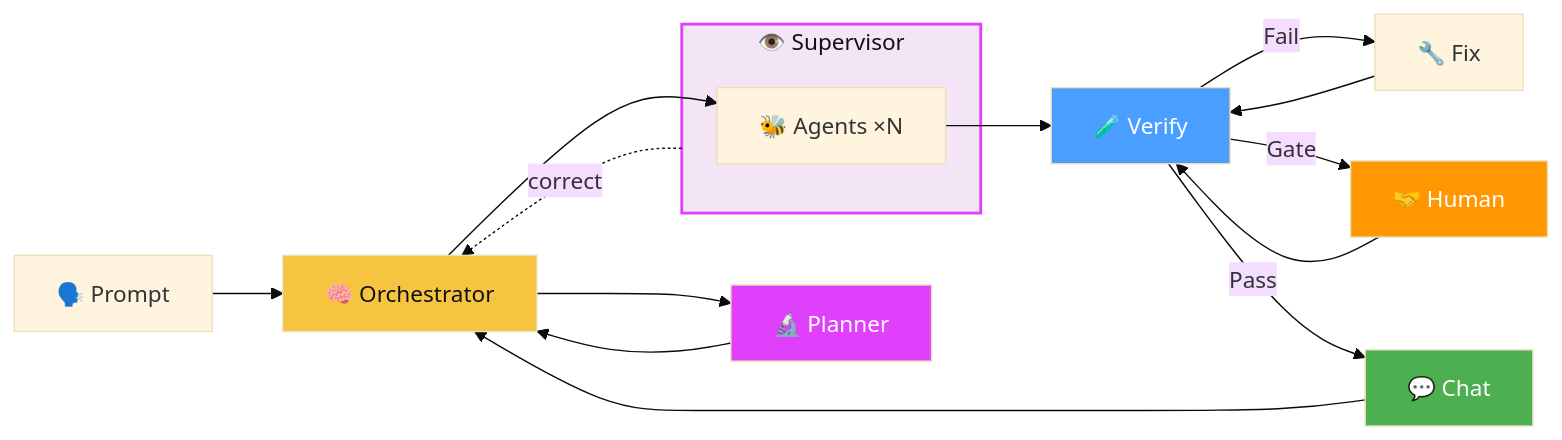
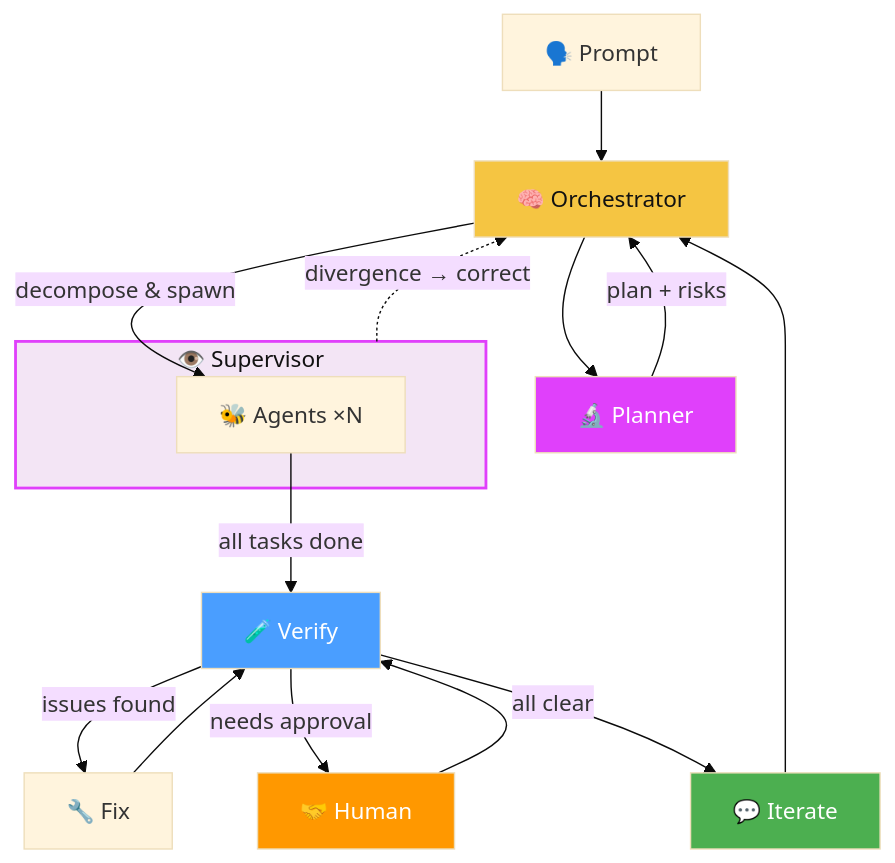
The first of 3 diagrams in README.md (MrUnreal/hAIvemind), drawn with Mermaid (base theme) before and after one commit. The commit also changed other lines of this file, not shown here.

First line of the commit message:
docs: overhaul README — top-down diagrams, consolidated features, supervisor in sequence

````diff
--- a/README.md
+++ b/README.md
@@ -27,23 +25,24 @@
 ```mermaid
-graph LR
+graph TB
   A["🗣️ Prompt"] --> B["🧠 Orchestrator"]
   B --> P["🔬 Planner"]
-  P --> B
+  P -->|"plan + risks"| B
 
   subgraph SV["👁️ Supervisor"]
     AG["🐝 Agents ×N"]
   end
 
-  B --> AG --> G["🧪 Verify"]
-  SV -.->|"correct"| B
-  G -->|"Fail"| H["🔧 Fix"] --> G
-  G -->|"Gate"| K["🤝 Human"] --> G
-  G -->|"Pass"| I["💬 Chat"] --> B
+  B -->|"decompose & spawn"| AG
+  SV -.->|"divergence → correct"| B
+  AG -->|"all tasks done"| G["🧪 Verify"]
+  G -->|"issues found"| H["🔧 Fix"] --> G
+  G -->|"needs approval"| K["🤝 Human"] --> G
+  G -->|"all clear"| I["💬 Iterate"] --> B
 
   style B fill:#f5c542,color:#111
   style P fill:#e040fb,color:#fff
   style SV fill:#f3e5f5,color:#111,stroke:#e040fb,stroke-width:2px
   style G fill:#4a9eff,color:#fff
   style K fill:#ff9800,color:#fff
   style I fill:#4caf50,color:#fff
 ```
````
